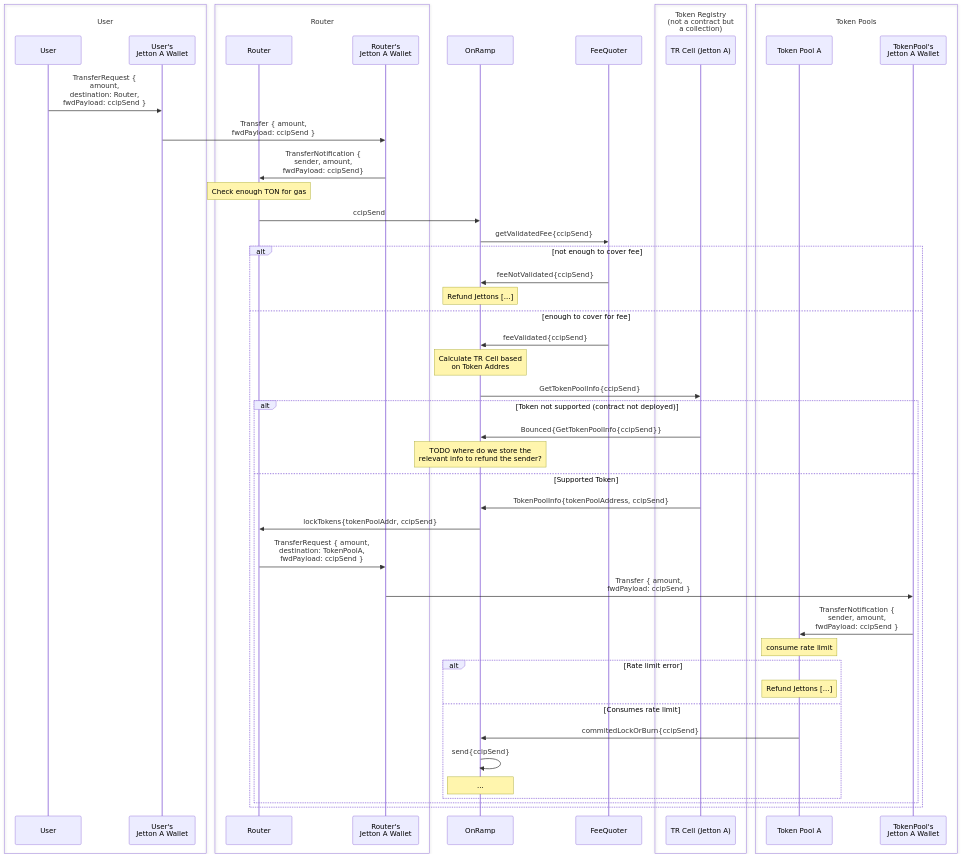
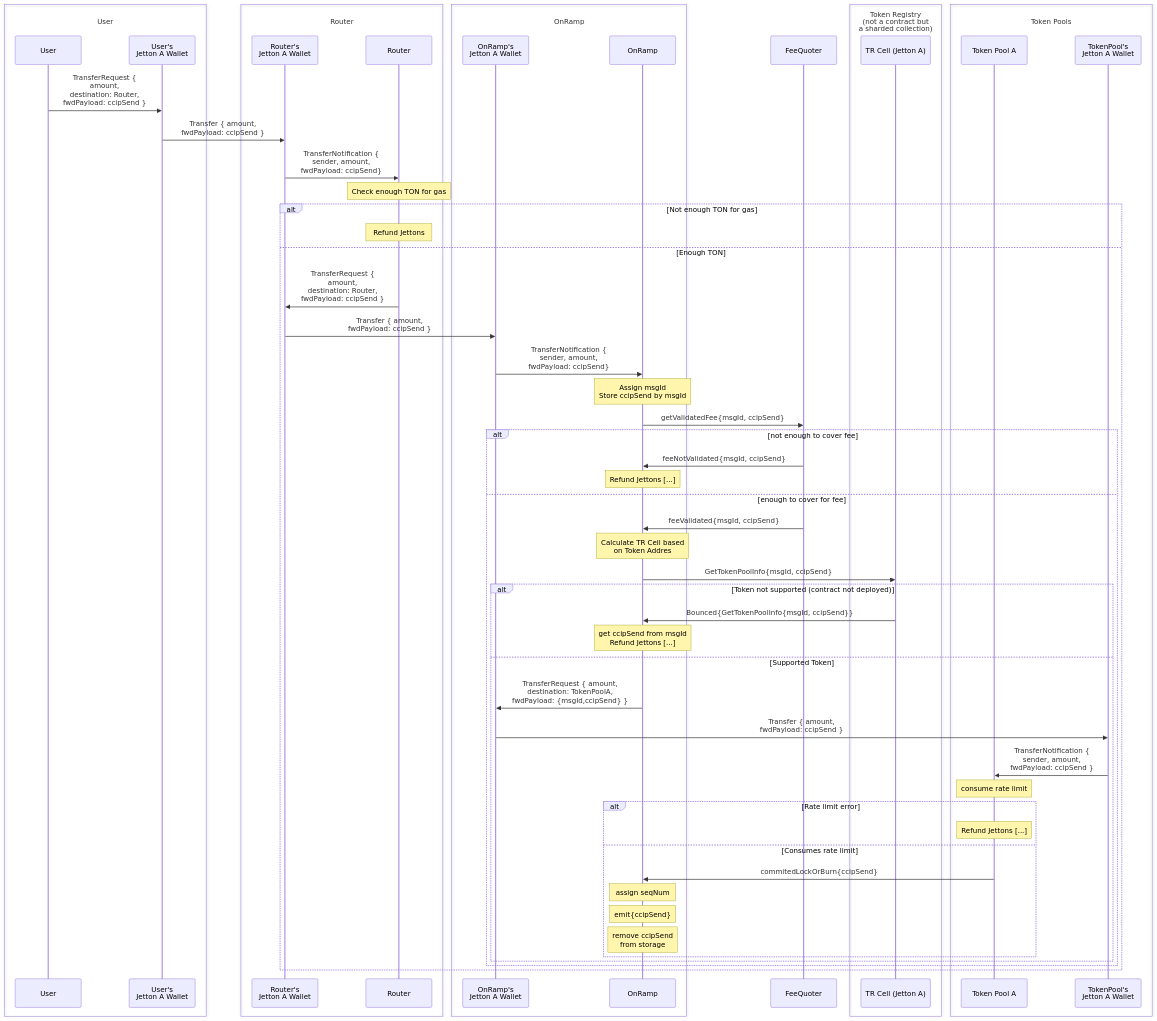
One commit to smartcontractkit/chainlink-ton changed the diagram in docs/contracts/flow.md. Above: the diagram before and after it, drawn with Mermaid.

Commit message:
fix: reduce dependance of onramp fix: handle bounced messages

```diff
--- a/docs/contracts/flow.md
+++ b/docs/contracts/flow.md
@@ -17,15 +17,33 @@
     end
 
     box Router
+    participant RJW as Router's <br>Jetton A Wallet
     participant R as Router
-    participant RJW as Router's <br>Jetton A Wallet
     end
 
+    U ->> UJW: TransferRequest {<br>amount,<br>destination: Router,<br>fwdPayload: ccipSend }
+    
+    UJW ->> RJW: Transfer { amount,<br>fwdPayload: ccipSend }
+    RJW ->> R: TransferNotification {<br>sender, amount,<br>fwdPayload: ccipSend}
+    Note over R: Check enough TON for gas 
+    alt Not enough TON for gas
+    Note over R: Refund Jettons
+    else Enough TON
+
+    R ->> RJW: TransferRequest {<br>amount,<br>destination: Router,<br>fwdPayload: ccipSend }
+    
+    RJW ->> ORJW: Transfer { amount,<br>fwdPayload: ccipSend }
+    ORJW ->> OR: TransferNotification {<br>sender, amount,<br>fwdPayload: ccipSend}
+    Note over OR: Assign msgId<br>Store ccipSend by msgId
+
+    box OnRamp
+    participant ORJW as OnRamp's <br>Jetton A Wallet
     participant OR as OnRamp
+    end
 
     participant FQ as FeeQuoter
 
-    box Token Registry<br>(not a contract but<br>a collection)
+    box Token Registry<br>(not a contract but<br>a sharded collection)
     participant TRC as TR Cell (Jetton A)
     end
 
@@ -34,38 +52,27 @@
     participant TPJW as TokenPool's <br>Jetton A Wallet
     end
 
-    U ->> UJW: TransferRequest {<br>amount,<br>destination: Router,<br>fwdPayload: ccipSend }
-    
-    UJW ->> RJW: Transfer { amount,<br>fwdPayload: ccipSend }
-    RJW ->> R: TransferNotification {<br>sender, amount,<br>fwdPayload: ccipSend}
-    Note over R: Check enough TON for gas 
-    R ->> OR: ccipSend
-
-    OR ->> FQ: getValidatedFee{ccipSend}
+    OR ->> FQ: getValidatedFee{msgId, ccipSend}
 
 
     alt not enough to cover fee
-    FQ ->> OR: feeNotValidated{ccipSend}
+    FQ ->> OR: feeNotValidated{msgId, ccipSend}
     Note over OR: Refund Jettons [...]
 
     else enough to cover for fee
-    FQ ->> OR: feeValidated{ccipSend}
+    FQ ->> OR: feeValidated{msgId, ccipSend}
     Note over OR: Calculate TR Cell based<br>on Token Addres
 
-    OR ->> TRC: GetTokenPoolInfo{ccipSend}
+    OR ->> TRC: GetTokenPoolInfo{msgId, ccipSend}
 
     alt Token not supported (contract not deployed)
-    TRC ->> OR: Bounced{GetTokenPoolInfo{ccipSend}}
-    Note over OR: TODO where do we store the<br>relevant info to refund the sender?
+    TRC ->> OR: Bounced{GetTokenPoolInfo{msgId, ccipSend}}
+    Note over OR: get ccipSend from msgId<br>Refund Jettons [...]
     else Supported Token
 
-    TRC ->> OR: TokenPoolInfo{tokenPoolAddress, ccipSend}
-
-    OR ->> R: lockTokens{tokenPoolAddr, ccipSend}
- 
-    R ->> RJW: TransferRequest { amount,<br>destination: TokenPoolA,<br>fwdPayload: ccipSend }
+    OR ->> ORJW: TransferRequest { amount,<br>destination: TokenPoolA,<br>fwdPayload: {msgId,ccipSend} }
     
-    RJW ->> TPJW: Transfer { amount,<br>fwdPayload: ccipSend }
+    ORJW ->> TPJW: Transfer { amount,<br>fwdPayload: ccipSend }
     TPJW ->> TP: TransferNotification {<br>sender, amount,<br>fwdPayload: ccipSend }
     Note over TP: consume rate limit
     alt Rate limit error
@@ -73,8 +80,10 @@
 
     else Consumes rate limit
     TP ->> OR: commitedLockOrBurn{ccipSend}
-    OR ->> OR: send{ccipSend}
-    note over OR  : ...
+    note over OR: assign seqNum
+    note over OR: emit{ccipSend}
+    note over OR: remove ccipSend<br>from storage
+    end
     end
     end
     end
```
